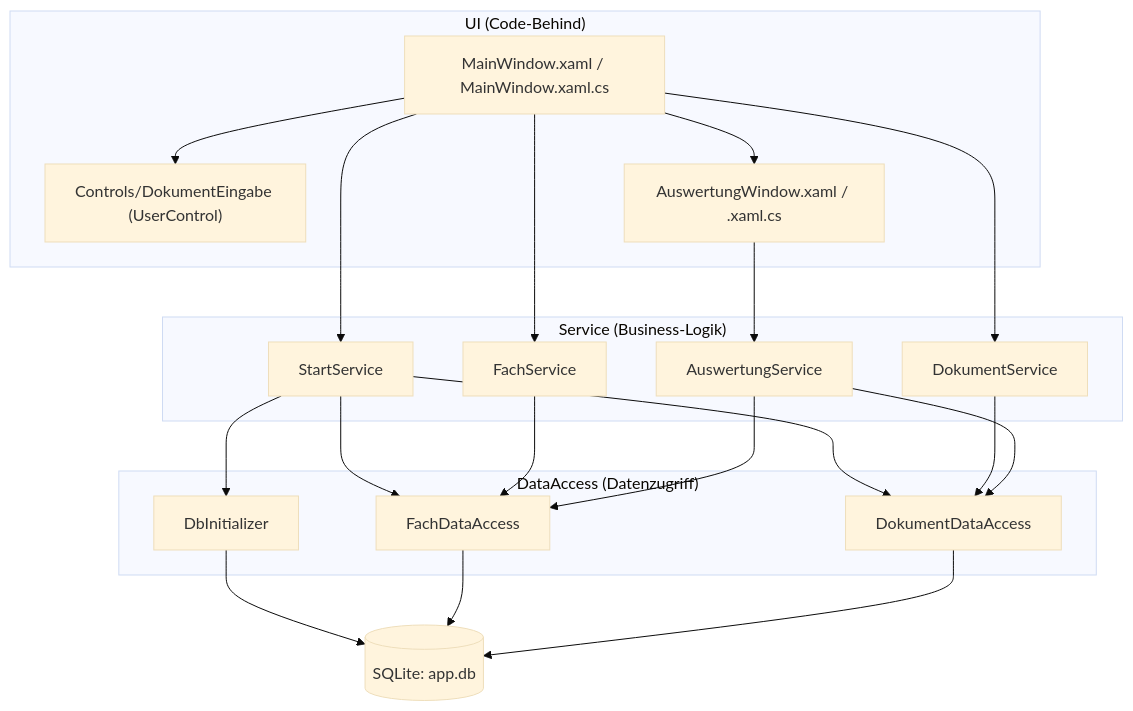
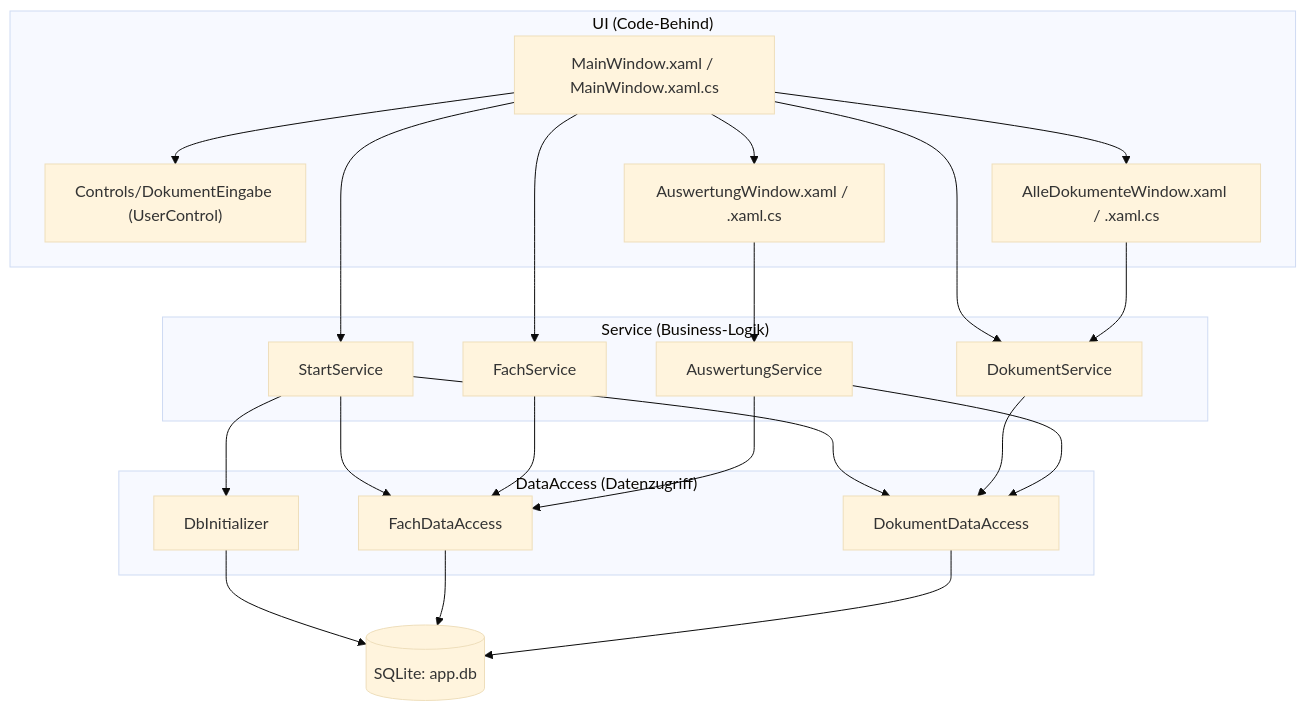
Before and after one commit to pak111-jpg/PRG1_Smart-LMS: the diagram in docs/K1_Schichtenarchitektur.md, drawn with Mermaid (base theme). The commit also changed other lines of this file and 1 other file, not shown here.

Commit message:
docs: add K2 challenge and KI-Protokoll

````diff
--- a/docs/K1_Schichtenarchitektur.md
+++ b/docs/K1_Schichtenarchitektur.md
@@ -8,42 +8,45 @@
 ```mermaid
 flowchart TD
     subgraph UI["UI (Code-Behind)"]
         MW["MainWindow.xaml / MainWindow.xaml.cs"]
         DE["Controls/DokumentEingabe (UserControl)"]
         AW["AuswertungWindow.xaml / .xaml.cs"]
+        ADW["AlleDokumenteWindow.xaml / .xaml.cs"]
     end
 
     subgraph Service["Service (Business-Logik)"]
         SS["StartService"]
         FS["FachService"]
         DS["DokumentService"]
         AS["AuswertungService"]
     end
 
     subgraph DA["DataAccess (Datenzugriff)"]
         DBI["DbInitializer"]
         FDA["FachDataAccess"]
         DDA["DokumentDataAccess"]
     end
 
     DB[("SQLite: app.db")]
 
     MW --> SS
     MW --> FS
     MW --> DS
     MW --> DE
     MW --> AW
     AW --> AS
+    MW --> ADW
+    ADW --> DS
 
     SS --> DBI
     SS --> FDA
     SS --> DDA
     FS --> FDA
     DS --> DDA
     AS --> FDA
     AS --> DDA
 
     DBI --> DB
     FDA --> DB
     DDA --> DB
 ```
````
